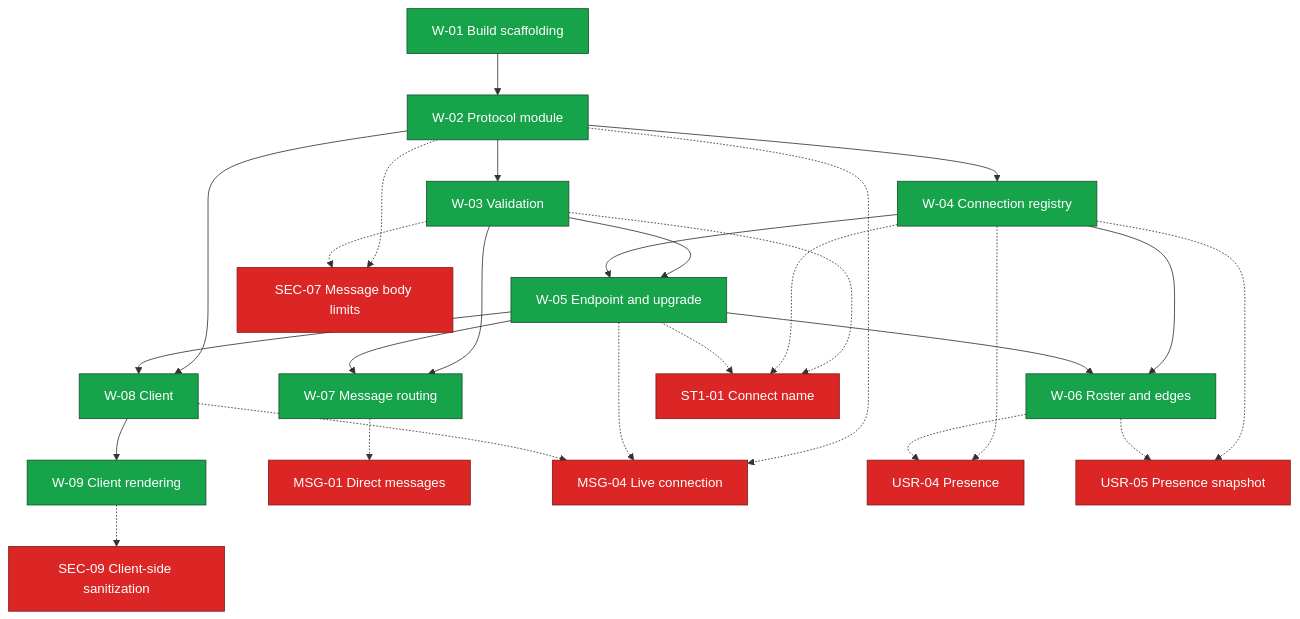
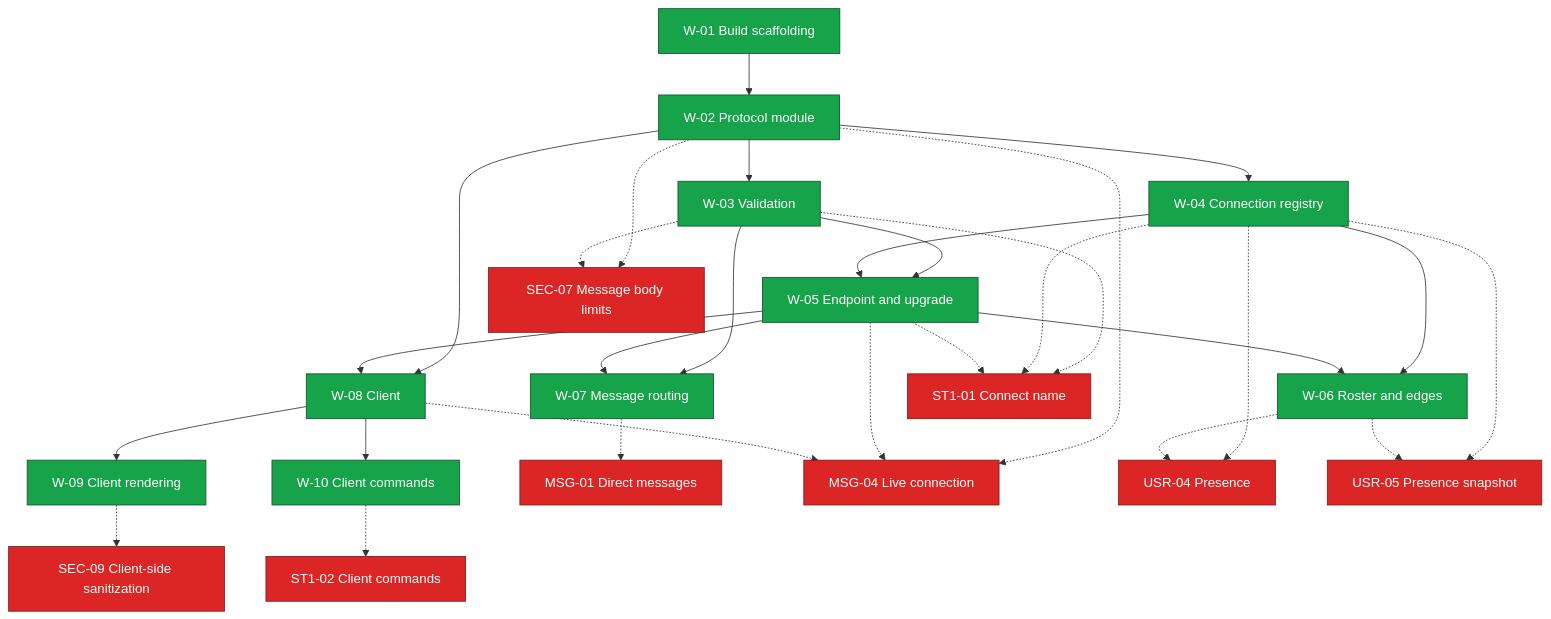
The first of 2 diagrams in docs/step1/deps-mermaid.md (mglunafh/proompt-chatting), drawn with Mermaid before and after one commit. The commit also changed other lines of this file and 4 other files, not shown here.

Commit message:
STEP-1: added feature for client console commands

````diff
--- a/docs/step1/deps-mermaid.md
+++ b/docs/step1/deps-mermaid.md
@@ -5,51 +5,55 @@
 ```mermaid
 graph TD
   W01[W-01 Build scaffolding]
   W02[W-02 Protocol module]
   W03[W-03 Validation]
   W04[W-04 Connection registry]
   W05[W-05 Endpoint and upgrade]
   SEC07[SEC-07 Message body limits]
   W06[W-06 Roster and edges]
   W07[W-07 Message routing]
   W08[W-08 Client]
   ST101[ST1-01 Connect name]
   W09[W-09 Client rendering]
+  W10[W-10 Client commands]
   MSG01[MSG-01 Direct messages]
   MSG04[MSG-04 Live connection]
   USR04[USR-04 Presence]
   USR05[USR-05 Presence snapshot]
   SEC09[SEC-09 Client-side sanitization]
+  ST102[ST1-02 Client commands]
 
   W01 --> W02
   W02 --> W03
   W02 --> W04
   W02 --> W08
   W03 --> W05
   W03 --> W07
   W04 --> W05
   W04 --> W06
   W05 --> W06
   W05 --> W07
   W05 --> W08
   W08 --> W09
+  W08 --> W10
   W07 -.-> MSG01
   W02 -.-> MSG04
   W05 -.-> MSG04
   W08 -.-> MSG04
   W04 -.-> USR04
   W06 -.-> USR04
   W04 -.-> USR05
   W06 -.-> USR05
   W02 -.-> SEC07
   W03 -.-> SEC07
   W09 -.-> SEC09
   W03 -.-> ST101
   W04 -.-> ST101
   W05 -.-> ST101
+  W10 -.-> ST102
 
   classDef task fill:#16a34a,stroke:#14532d,stroke-width:1px,color:#ffffff
   classDef feature fill:#dc2626,stroke:#7f1d1d,stroke-width:1px,color:#ffffff
-  class W01,W02,W03,W04,W05,W06,W07,W08,W09 task
-  class SEC07,ST101,MSG01,MSG04,USR04,USR05,SEC09 feature
+  class W01,W02,W03,W04,W05,W06,W07,W08,W09,W10 task
+  class SEC07,ST101,MSG01,MSG04,USR04,USR05,SEC09,ST102 feature
 ```
````
